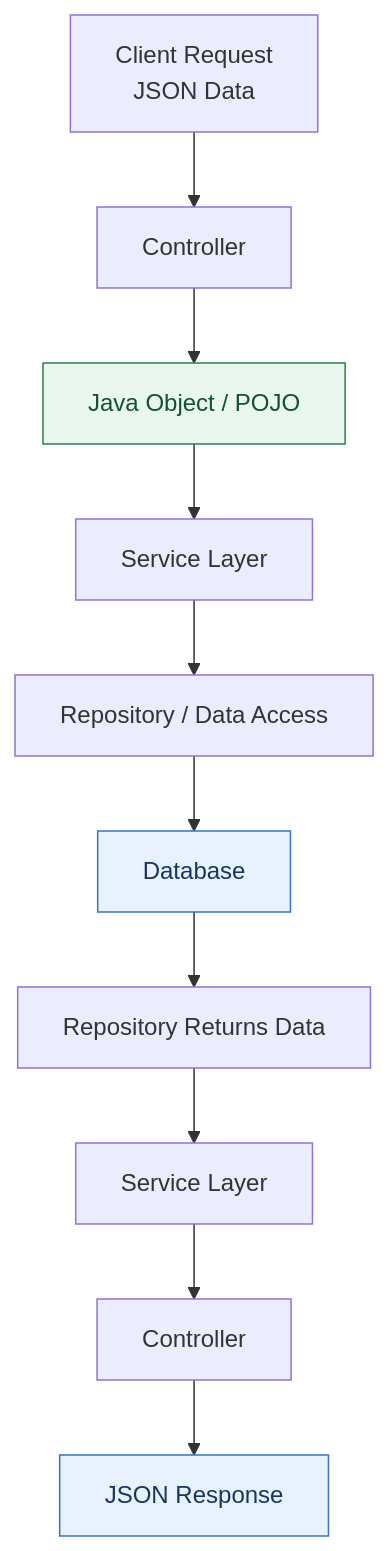
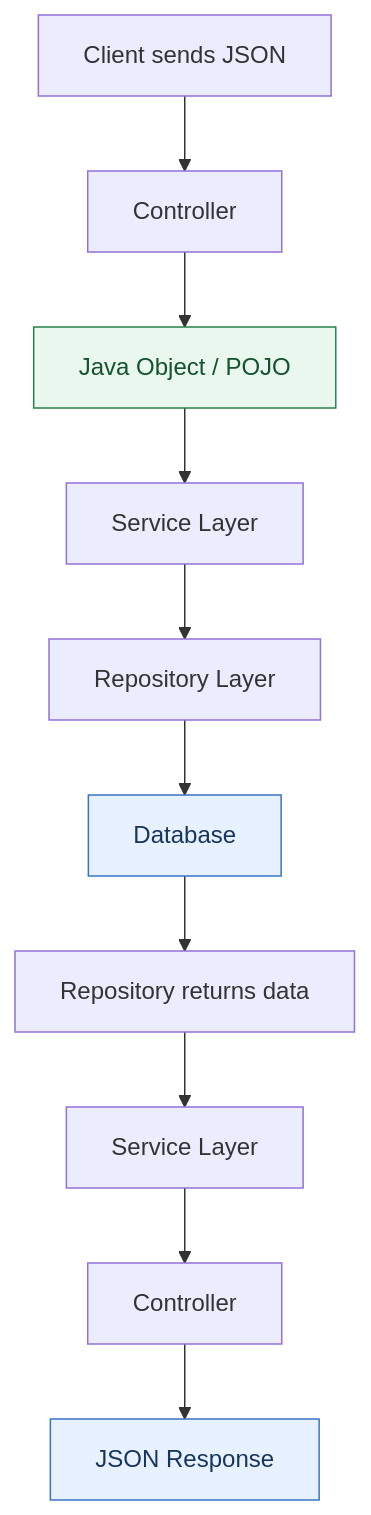
One commit to VivekCodes07/TheDSAJournal changed the eighth of 11 diagrams in src/J08_ObjectOrientedProgramming/L11_AutoBoxingAndPOJOs/README.md. Above: the diagram before and after it, drawn with Mermaid. The commit also changed other lines of this file and 19 other files, not shown here.

````diff
--- a/src/J08_ObjectOrientedProgramming/L11_AutoBoxingAndPOJOs/README.md
+++ b/src/J08_ObjectOrientedProgramming/L11_AutoBoxingAndPOJOs/README.md
@@ -1476,17 +1526,17 @@
 ```mermaid
 flowchart TD
-    A["Client Request<br/>JSON Data"] --> B["Controller"]
+    A["Client sends JSON"] --> B["Controller"]
     B --> C["Java Object / POJO"]
     C --> D["Service Layer"]
-    D --> E["Repository / Data Access"]
+    D --> E["Repository Layer"]
     E --> F["Database"]
 
-    F --> G["Repository Returns Data"]
+    F --> G["Repository returns data"]
     G --> H["Service Layer"]
     H --> I["Controller"]
     I --> J["JSON Response"]
 
     style C fill:#E9F7EF,stroke:#27834A,color:#14532D
     style F fill:#E8F1FF,stroke:#3973C6,color:#17365D
     style J fill:#E8F1FF,stroke:#3973C6,color:#17365D
 ```
````
